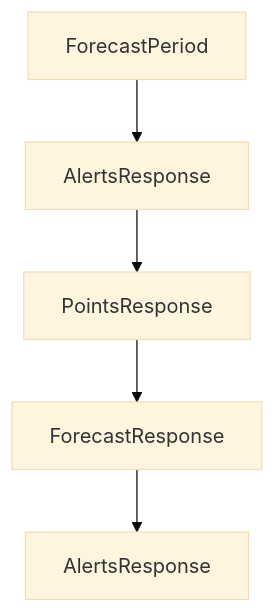
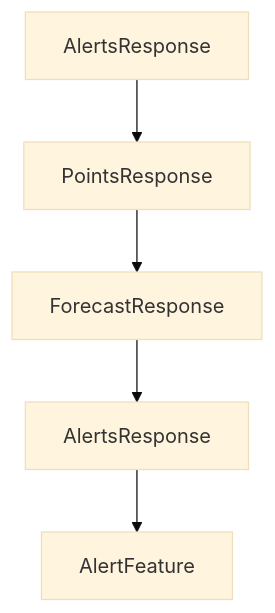
Before and after one commit to johnxie/awesome-code-docs: the diagram in tutorials/mcp-quickstart-resources-tutorial/06-cross-language-consistency-and-extension-strategy.md, drawn with Mermaid (base theme). The commit also changed other lines of this file and 1232 other files, not shown here.

````diff
--- a/tutorials/mcp-quickstart-resources-tutorial/06-cross-language-consistency-and-extension-strategy.md
+++ b/tutorials/mcp-quickstart-resources-tutorial/06-cross-language-consistency-and-extension-strategy.md
@@ -212,12 +210,12 @@
 ```mermaid
 flowchart TD
-    A[ForecastPeriod]
-    B[AlertsResponse]
-    C[PointsResponse]
-    D[ForecastResponse]
-    E[AlertsResponse]
+    A[AlertsResponse]
+    B[PointsResponse]
+    C[ForecastResponse]
+    D[AlertsResponse]
+    E[AlertFeature]
     A --> B
     B --> C
     C --> D
     D --> E
 ```
````
